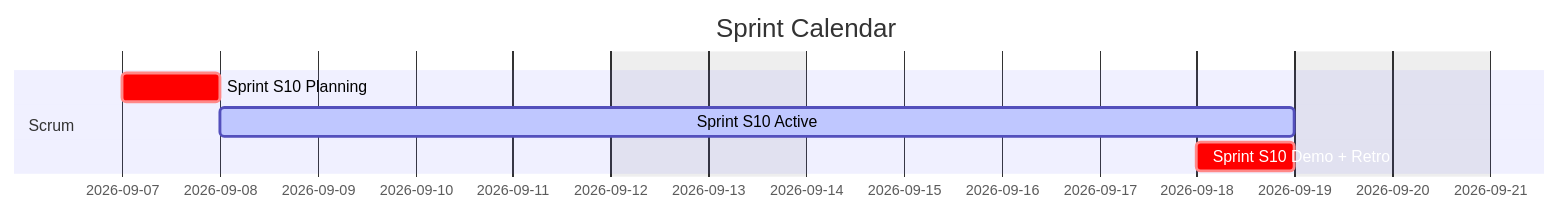
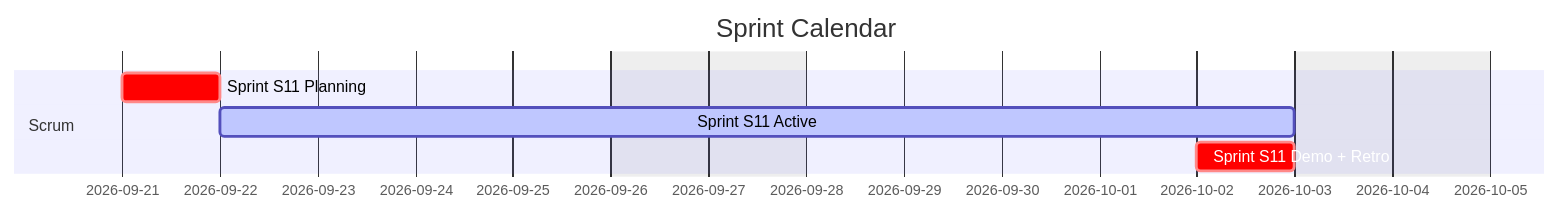
Before and after one commit to Katty-Fashion/kf-cpto: the first of 2 diagrams in docs/index.md, drawn with Mermaid. The commit also changed 15 other files, not shown here.

````diff
--- a/docs/index.md
+++ b/docs/index.md
@@ -61,11 +61,11 @@
 ```mermaid
 gantt
     title Sprint Calendar
     dateFormat YYYY-MM-DD
     excludes weekends
 
     section Scrum
-    Sprint S10 Planning        :crit, 2026-09-07, 1d
-    Sprint S10 Active          :active, 2026-09-08, 9d
-    Sprint S10 Demo + Retro    :crit, 2026-09-18, 1d
+    Sprint S11 Planning        :crit, 2026-09-21, 1d
+    Sprint S11 Active          :active, 2026-09-22, 9d
+    Sprint S11 Demo + Retro    :crit, 2026-10-02, 1d
 ```
````
